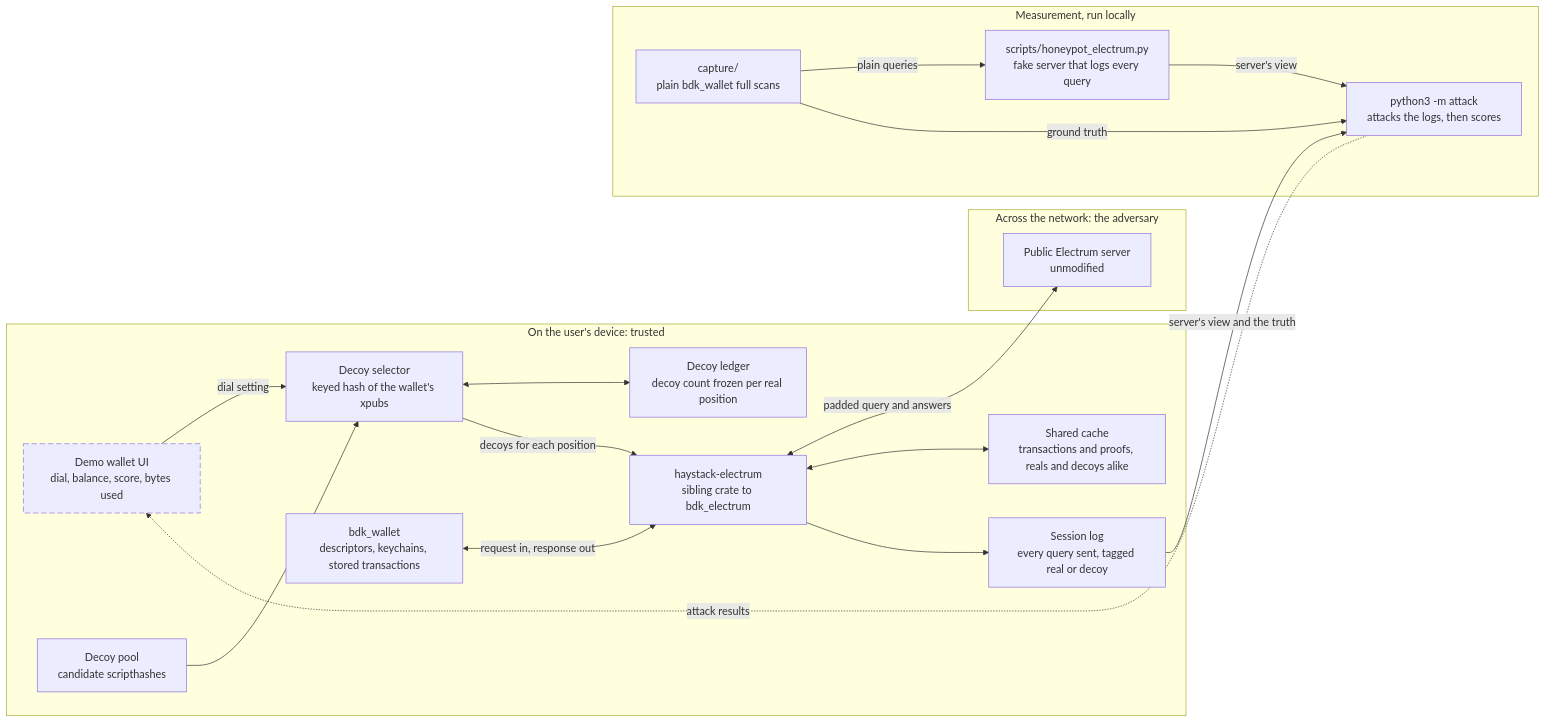
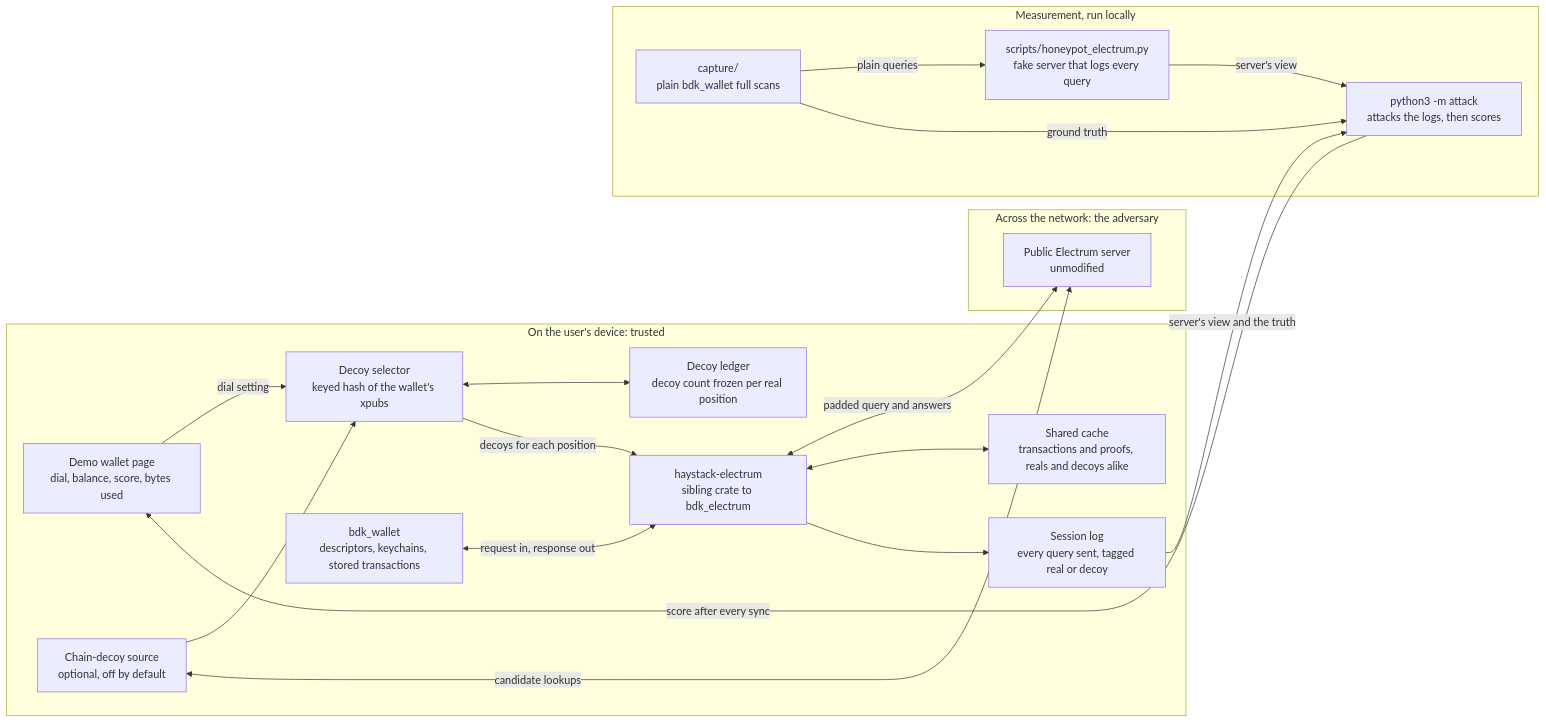
The first of 3 diagrams in docs/02-design.md (yogesh0509/Haystack), drawn with Mermaid before and after one commit. The commit also changed other lines of this file and 19 other files, not shown here.

````diff
--- a/docs/02-design.md
+++ b/docs/02-design.md
@@ -428,39 +496,36 @@
 ```mermaid
 flowchart LR
     subgraph device["On the user's device: trusted"]
-        ui["Demo wallet UI<br/>dial, balance, score, bytes used"]
-        pool["Decoy pool<br/>candidate scripthashes"]
+        ui["Demo wallet page<br/>dial, balance, score, bytes used"]
+        chain["Chain-decoy source<br/>optional, off by default"]
         selector["Decoy selector<br/>keyed hash of the wallet's xpubs"]
         ledger["Decoy ledger<br/>decoy count frozen per real position"]
         wallet["bdk_wallet<br/>descriptors, keychains, stored transactions"]
         client["haystack-electrum<br/>sibling crate to bdk_electrum"]
         cache["Shared cache<br/>transactions and proofs, reals and decoys alike"]
         slog["Session log<br/>every query sent, tagged real or decoy"]
     end
     subgraph remote["Across the network: the adversary"]
         server["Public Electrum server<br/>unmodified"]
     end
     subgraph lab["Measurement, run locally"]
         capture["capture/<br/>plain bdk_wallet full scans"]
         honeypot["scripts/honeypot_electrum.py<br/>fake server that logs every query"]
         harness["python3 -m attack<br/>attacks the logs, then scores"]
     end
 
     ui -- "dial setting" --> selector
-    pool --> selector
+    chain --> selector
     selector <--> ledger
     selector -- "decoys for each position" --> client
     wallet <-- "request in, response out" --> client
     client <-- "padded query and answers" --> server
+    chain <-- "candidate lookups" --> server
     client <--> cache
     client --> slog
     slog -- "server's view and the truth" --> harness
-    harness -. "attack results" .-> ui
+    harness -- "score after every sync" --> ui
     capture -- "plain queries" --> honeypot
     honeypot -- "server's view" --> harness
     capture -- "ground truth" --> harness
-
-    classDef decided stroke-dasharray: 8 4
-    classDef proposed stroke-dasharray: 2 3
-    class ui decided
 ```
````
